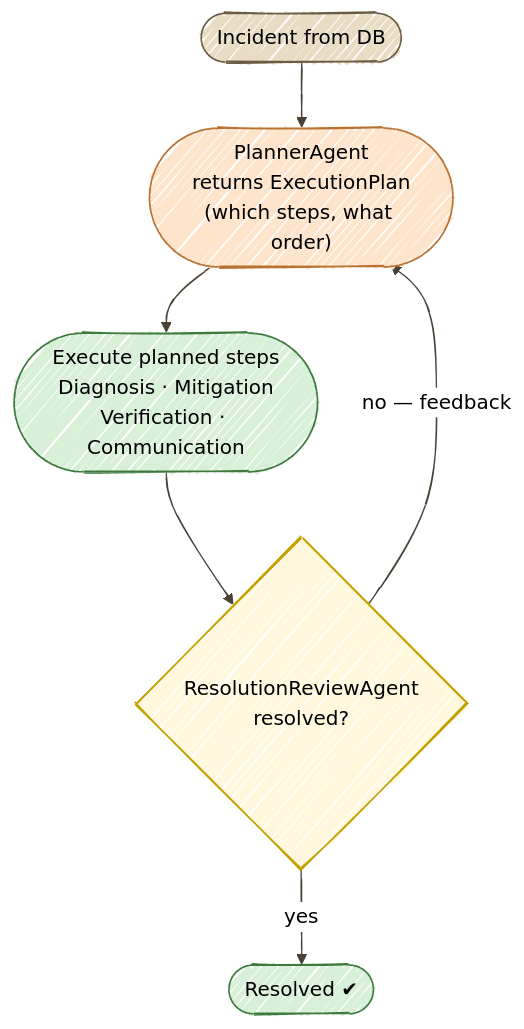
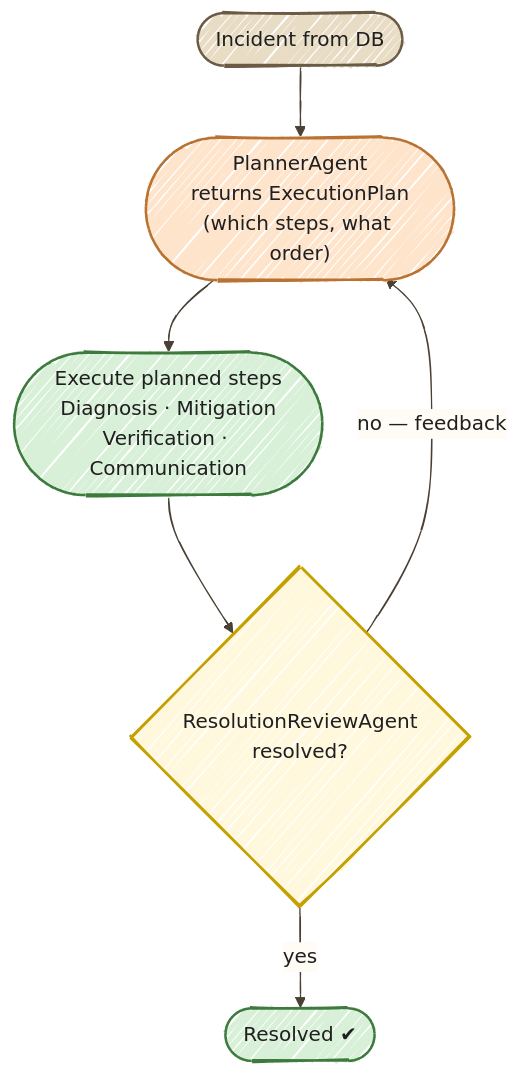
The diagram in docs/09-plan-execute/START_HERE.md (danieloh30/agentic-ai-java-workshop), drawn with Mermaid before and after one commit. The commit also changed 11 other files, not shown here.

Commit message:
Improve hand-drawn Mermaid readability in light and dark modes

````diff
--- a/docs/09-plan-execute/START_HERE.md
+++ b/docs/09-plan-execute/START_HERE.md
@@ -53,21 +53,21 @@
 ```mermaid
-%%{init: {'look':'handDrawn','theme':'neutral','themeVariables': {'lineColor':'#4A4035'}}}%%
+%%{init: {'look':'handDrawn','theme':'base','themeVariables': {'darkMode':false,'background':'#FFFCF5','primaryTextColor':'#1F1F1F','secondaryTextColor':'#1F1F1F','tertiaryTextColor':'#1F1F1F','textColor':'#1F1F1F','lineColor':'#4A4035','edgeLabelBackground':'#FFFCF5','clusterBkg':'#F5F5F0','clusterBorder':'#6B5B45','fontSize':'16px'},'flowchart': {'nodeSpacing':35,'rankSpacing':55,'padding':18}}}%%
 flowchart TD
     START(["Incident from DB"])
     PLAN(["PlannerAgent<br/>returns ExecutionPlan<br/>(which steps, what order)"])
     EXEC(["Execute planned steps<br/>Diagnosis · Mitigation<br/>Verification · Communication"])
     REVIEW{"ResolutionReviewAgent<br/>resolved?"}
     DONE(["Resolved ✔"])
 
     START --> PLAN
     PLAN --> EXEC
     EXEC --> REVIEW
     REVIEW -->|no — feedback| PLAN
     REVIEW -->|yes| DONE
 
-    style START fill:#E8DCC4,stroke:#6B5B45
-    style PLAN fill:#FFE4CC,stroke:#B87333
-    style EXEC fill:#D8F0D8,stroke:#3D7A3D
-    style REVIEW fill:#FFF8DC,stroke:#C4A000
-    style DONE fill:#D8F0D8,stroke:#3D7A3D
+    style START fill:#E8DCC4,stroke:#6B5B45,color:#1F1F1F,stroke-width:2px
+    style PLAN fill:#FFE4CC,stroke:#B87333,color:#1F1F1F,stroke-width:2px
+    style EXEC fill:#D8F0D8,stroke:#3D7A3D,color:#1F1F1F,stroke-width:2px
+    style REVIEW fill:#FFF8DC,stroke:#C4A000,color:#1F1F1F,stroke-width:2px
+    style DONE fill:#D8F0D8,stroke:#3D7A3D,color:#1F1F1F,stroke-width:2px
 ```
````
